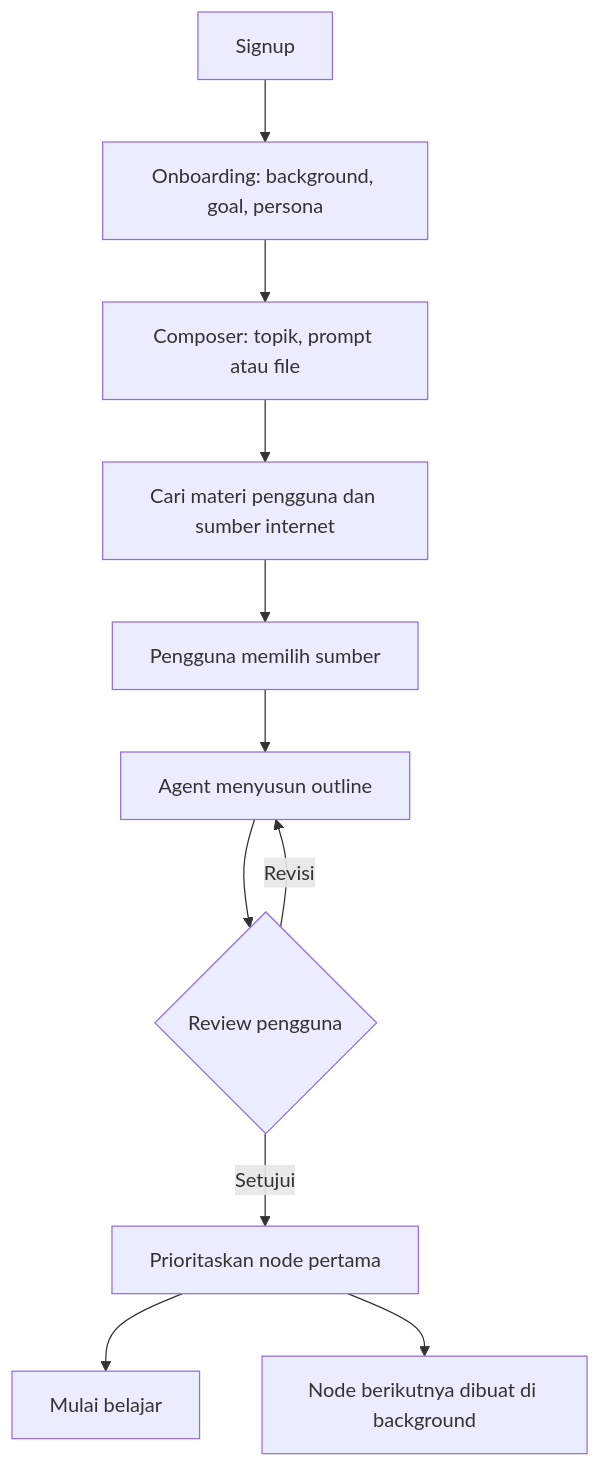
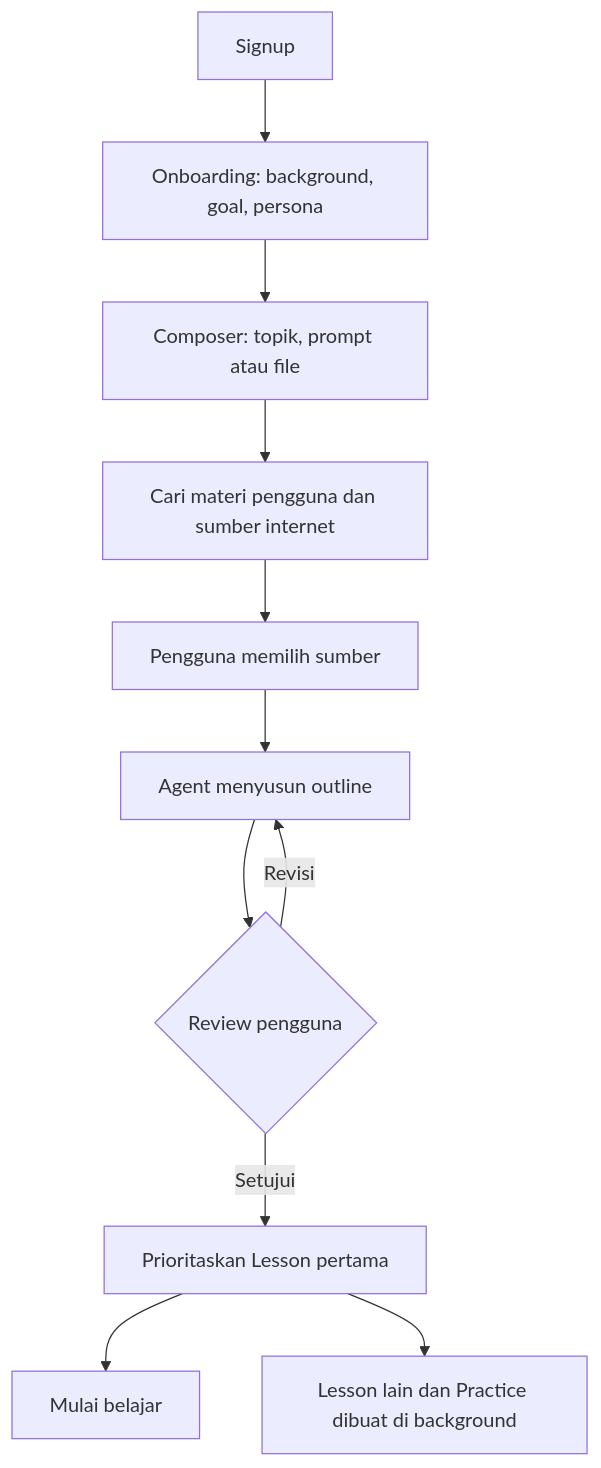
Before and after one commit to manikandareas/ngerti.in: the first of 4 diagrams in docs/product/02-user-flow.md, drawn with Mermaid. The commit also changed other lines of this file and 11 other files, not shown here.

````diff
--- a/docs/product/02-user-flow.md
+++ b/docs/product/02-user-flow.md
@@ -8,14 +8,14 @@
 ```mermaid
 flowchart TD
   A["Signup"] --> B["Onboarding: background, goal, persona"]
   B --> C["Composer: topik, prompt atau file"]
   C --> D["Cari materi pengguna dan sumber internet"]
   D --> E["Pengguna memilih sumber"]
   E --> F["Agent menyusun outline"]
   F --> G{"Review pengguna"}
   G -->|Revisi| F
-  G -->|Setujui| H["Prioritaskan node pertama"]
+  G -->|Setujui| H["Prioritaskan Lesson pertama"]
   H --> I["Mulai belajar"]
-  H --> J["Node berikutnya dibuat di background"]
+  H --> J["Lesson lain dan Practice dibuat di background"]
 
 ```
````
